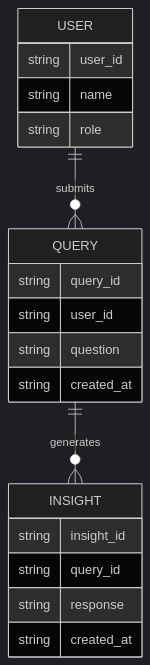
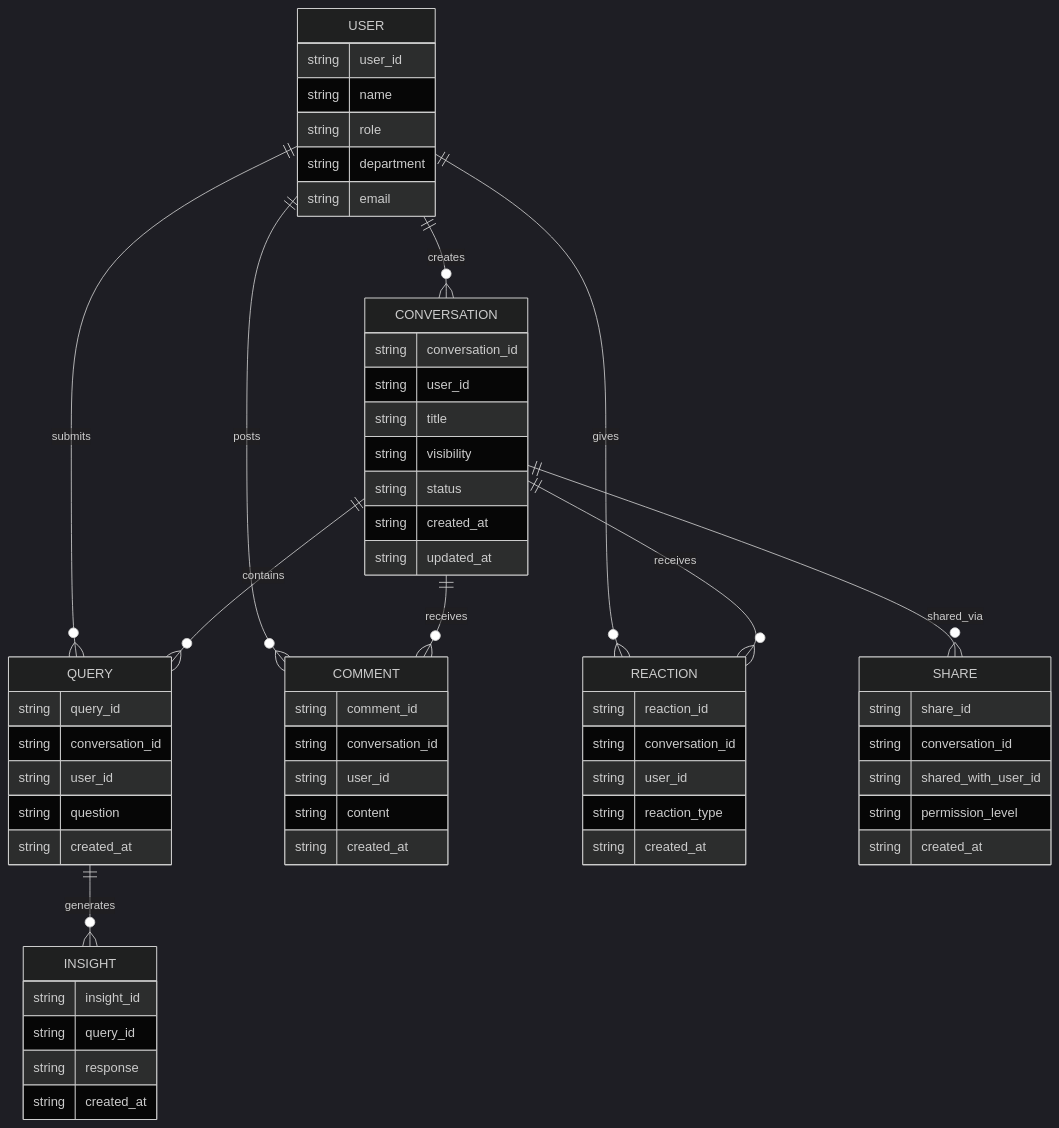
One commit to abby-ra/SAP-AI_Assistant changed the diagram in docs/diagrams/er_diagram.mmd. Above: the diagram before and after it, drawn with Mermaid (dark theme). The commit also changed 29 other files, not shown here.

```diff
--- a/docs/diagrams/er_diagram.mmd
+++ b/docs/diagrams/er_diagram.mmd
@@ -1,20 +1,60 @@
 erDiagram
     USER {
         string user_id
         string name
         string role
+        string department
+        string email
+    }
+    CONVERSATION {
+        string conversation_id
+        string user_id
+        string title
+        string visibility
+        string status
+        string created_at
+        string updated_at
     }
     QUERY {
         string query_id
+        string conversation_id
         string user_id
         string question
         string created_at
     }
     INSIGHT {
         string insight_id
         string query_id
         string response
         string created_at
     }
+    COMMENT {
+        string comment_id
+        string conversation_id
+        string user_id
+        string content
+        string created_at
+    }
+    REACTION {
+        string reaction_id
+        string conversation_id
+        string user_id
+        string reaction_type
+        string created_at
+    }
+    SHARE {
+        string share_id
+        string conversation_id
+        string shared_with_user_id
+        string permission_level
+        string created_at
+    }
+    USER ||--o{ CONVERSATION : creates
     USER ||--o{ QUERY : submits
+    USER ||--o{ COMMENT : posts
+    USER ||--o{ REACTION : gives
+    CONVERSATION ||--o{ QUERY : contains
+    CONVERSATION ||--o{ COMMENT : receives
+    CONVERSATION ||--o{ REACTION : receives
+    CONVERSATION ||--o{ SHARE : shared_via
     QUERY ||--o{ INSIGHT : generates
```
